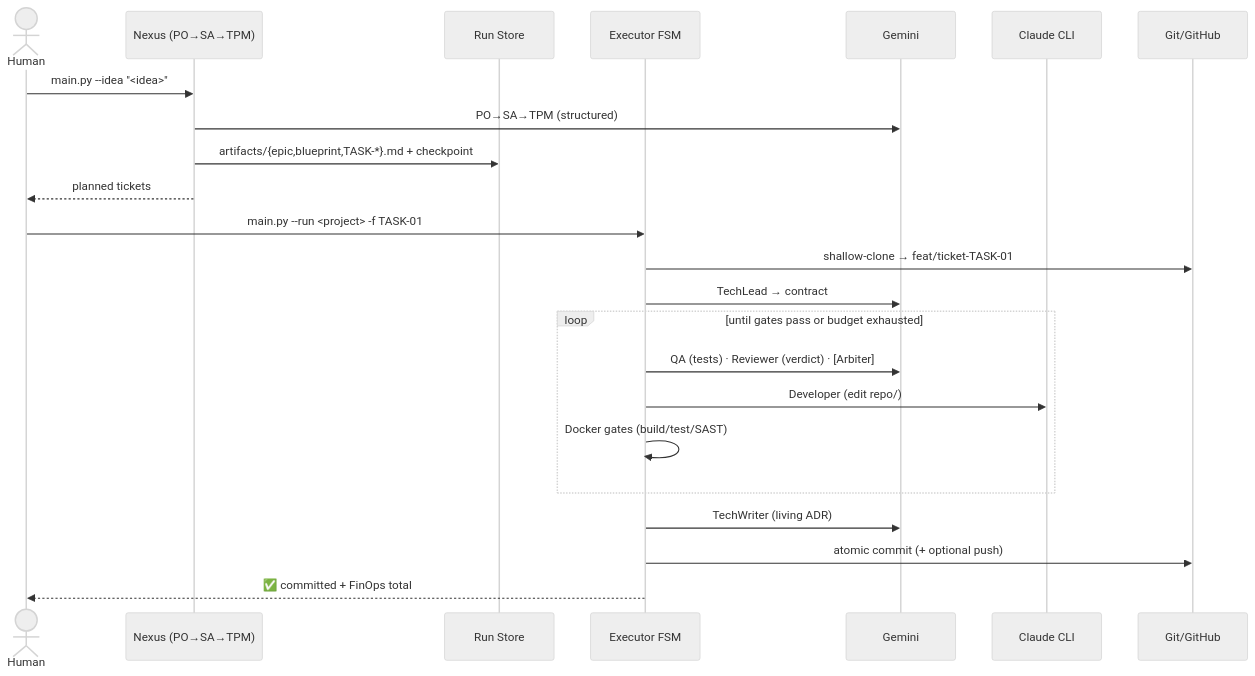
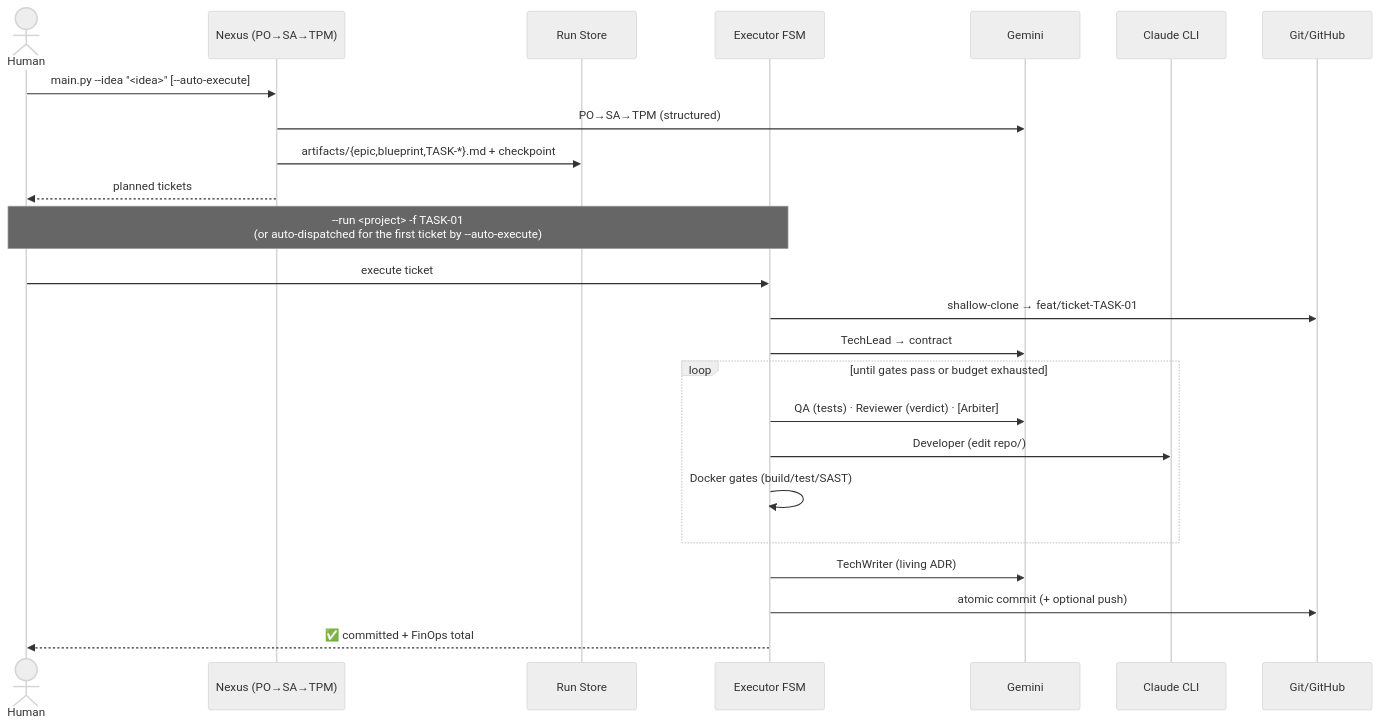
Before and after one commit to pavel-shyrko/async-agentic-sdlc: the fourth of 4 diagrams in docs/ARCHITECTURE.md, drawn with Mermaid (neutral theme). The commit also changed other lines of this file and 13 other files, not shown here.

````diff
--- a/docs/ARCHITECTURE.md
+++ b/docs/ARCHITECTURE.md
@@ -202,27 +207,28 @@
 ```mermaid
 sequenceDiagram
     actor H as Human
     participant N as Nexus (PO→SA→TPM)
     participant FS as Run Store
     participant X as Executor FSM
     participant G as Gemini
     participant C as Claude CLI
     participant R as Git/GitHub
 
-    H->>N: main.py --idea "<idea>"
+    H->>N: main.py --idea "<idea>" [--auto-execute]
     N->>G: PO→SA→TPM (structured)
     N->>FS: artifacts/{epic,blueprint,TASK-*}.md + checkpoint
     N-->>H: planned tickets
 
-    H->>X: main.py --run <project> -f TASK-01
+    Note over H,X: --run <project> -f TASK-01<br/>(or auto-dispatched for the first ticket by --auto-execute)
+    H->>X: execute ticket
     X->>R: shallow-clone → feat/ticket-TASK-01
     X->>G: TechLead → contract
     loop until gates pass or budget exhausted
         X->>G: QA (tests) · Reviewer (verdict) · [Arbiter]
         X->>C: Developer (edit repo/)
         X->>X: Docker gates (build/test/SAST)
     end
     X->>G: TechWriter (living ADR)
     X->>R: atomic commit (+ optional push)
     X-->>H: ✅ committed + FinOps total
 ```
````
